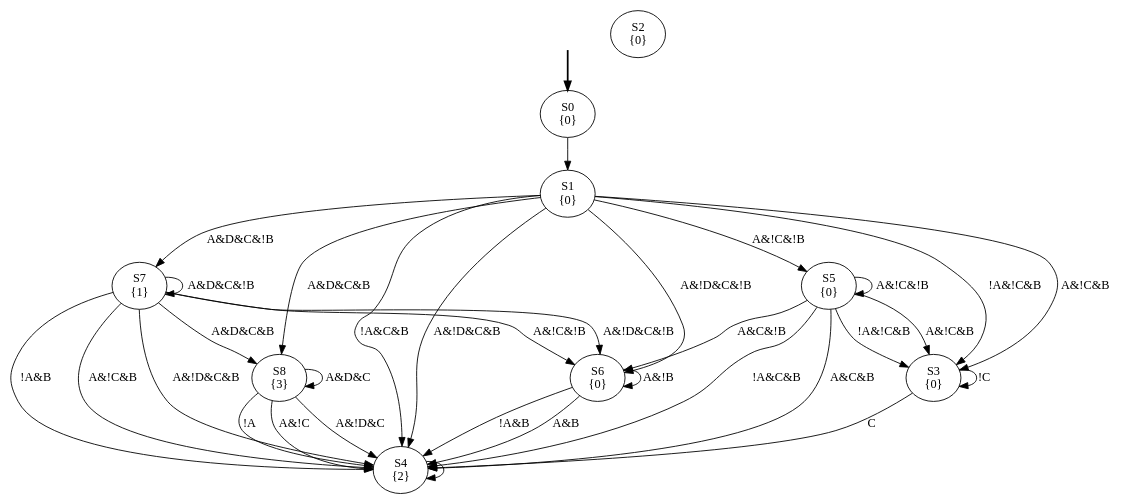
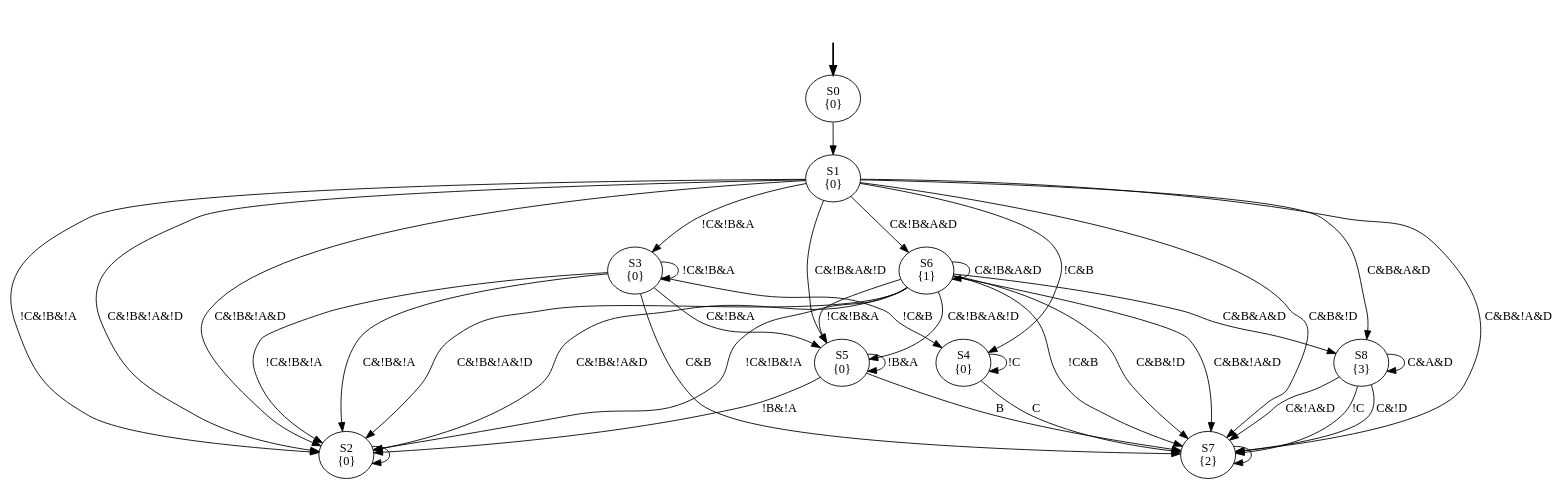
One commit to Jamidd/Flat changed the diagram in SuperRewardMachine.dot. Above: the diagram before and after it, drawn with Graphviz. The commit also changed 24 other files, not shown here.

```diff
--- a/SuperRewardMachine.dot
+++ b/SuperRewardMachine.dot
@@ -1,117 +1,135 @@
 digraph {
 	fake [style=invisible]
 	"S2
 {0}"
 	"S7
-{1}"
+{2}"
+	"S5
+{0}"
+	"S4
+{0}"
 	"S8
 {3}"
-	"S4
-{2}"
 	"S1
-{0}"
-	"S6
-{0}"
-	"S5
 {0}"
 	"S3
 {0}"
+	"S6
+{1}"
 	fake -> "S0
 {0}" [style=bold]
 	"S0
 {0}" -> "S1
 {0}" [label=""]
 	"S1
+{0}" -> "S2
+{0}" [label="!C&!B&!A"]
+	"S1
 {0}" -> "S3
-{0}" [label="!A&!C&B"]
+{0}" [label="!C&!B&A"]
 	"S1
 {0}" -> "S4
-{2}" [label="!A&C&B"]
+{0}" [label="!C&B"]
+	"S1
+{0}" -> "S2
+{0}" [label="C&!B&!A&!D"]
+	"S1
+{0}" -> "S2
+{0}" [label="C&!B&!A&D"]
 	"S1
 {0}" -> "S5
-{0}" [label="A&!C&!B"]
-	"S1
-{0}" -> "S3
-{0}" [label="A&!C&B"]
+{0}" [label="C&!B&A&!D"]
 	"S1
 {0}" -> "S6
-{0}" [label="A&!D&C&!B"]
+{1}" [label="C&!B&A&D"]
 	"S1
 {0}" -> "S7
-{1}" [label="A&D&C&!B"]
+{2}" [label="C&B&!D"]
 	"S1
-{0}" -> "S4
-{2}" [label="A&!D&C&B"]
+{0}" -> "S7
+{2}" [label="C&B&!A&D"]
 	"S1
 {0}" -> "S8
-{3}" [label="A&D&C&B"]
+{3}" [label="C&B&A&D"]
 	"S8
-{3}" -> "S4
-{2}" [label="!A"]
+{3}" -> "S7
+{2}" [label="!C"]
 	"S8
-{3}" -> "S4
-{2}" [label="A&!C"]
+{3}" -> "S7
+{2}" [label="C&!D"]
 	"S8
-{3}" -> "S4
-{2}" [label="A&!D&C"]
+{3}" -> "S7
+{2}" [label="C&!A&D"]
 	"S8
 {3}" -> "S8
-{3}" [label="A&D&C"]
+{3}" [label="C&A&D"]
 	"S7
-{1}" -> "S4
-{2}" [label="!A&B"]
-	"S7
+{2}" -> "S7
+{2}" [label=""]
+	"S6
+{1}" -> "S2
+{0}" [label="!C&!B&!A"]
+	"S6
+{1}" -> "S2
+{0}" [label="C&!B&!A&!D"]
+	"S6
+{1}" -> "S2
+{0}" [label="C&!B&!A&D"]
+	"S6
+{1}" -> "S5
+{0}" [label="!C&!B&A"]
+	"S6
+{1}" -> "S5
+{0}" [label="C&!B&A&!D"]
+	"S6
 {1}" -> "S6
-{0}" [label="A&!C&!B"]
-	"S7
-{1}" -> "S6
-{0}" [label="A&!D&C&!B"]
-	"S7
+{1}" [label="C&!B&A&D"]
+	"S6
 {1}" -> "S7
-{1}" [label="A&D&C&!B"]
-	"S7
-{1}" -> "S4
-{2}" [label="A&!C&B"]
-	"S7
-{1}" -> "S4
-{2}" [label="A&!D&C&B"]
-	"S7
+{2}" [label="!C&B"]
+	"S6
+{1}" -> "S7
+{2}" [label="C&B&!D"]
+	"S6
+{1}" -> "S7
+{2}" [label="C&B&!A&D"]
+	"S6
 {1}" -> "S8
-{3}" [label="A&D&C&B"]
-	"S6
-{0}" -> "S4
-{2}" [label="!A&B"]
-	"S6
-{0}" -> "S6
-{0}" [label="A&!B"]
-	"S6
-{0}" -> "S4
-{2}" [label="A&B"]
+{3}" [label="C&B&A&D"]
 	"S5
-{0}" -> "S3
-{0}" [label="!A&!C&B"]
-	"S5
-{0}" -> "S4
-{2}" [label="!A&C&B"]
+{0}" -> "S2
+{0}" [label="!B&!A"]
 	"S5
 {0}" -> "S5
-{0}" [label="A&!C&!B"]
+{0}" [label="!B&A"]
 	"S5
-{0}" -> "S3
-{0}" [label="A&!C&B"]
-	"S5
-{0}" -> "S6
-{0}" [label="A&C&!B"]
-	"S5
+{0}" -> "S7
+{2}" [label=B]
+	"S4
 {0}" -> "S4
-{2}" [label="A&C&B"]
+{0}" [label="!C"]
 	"S4
-{2}" -> "S4
-{2}" [label=""]
+{0}" -> "S7
+{2}" [label=C]
+	"S3
+{0}" -> "S2
+{0}" [label="!C&!B&!A"]
 	"S3
 {0}" -> "S3
-{0}" [label="!C"]
+{0}" [label="!C&!B&A"]
 	"S3
 {0}" -> "S4
-{2}" [label=C]
+{0}" [label="!C&B"]
+	"S3
+{0}" -> "S2
+{0}" [label="C&!B&!A"]
+	"S3
+{0}" -> "S5
+{0}" [label="C&!B&A"]
+	"S3
+{0}" -> "S7
+{2}" [label="C&B"]
+	"S2
+{0}" -> "S2
+{0}" [label=""]
 }
```
